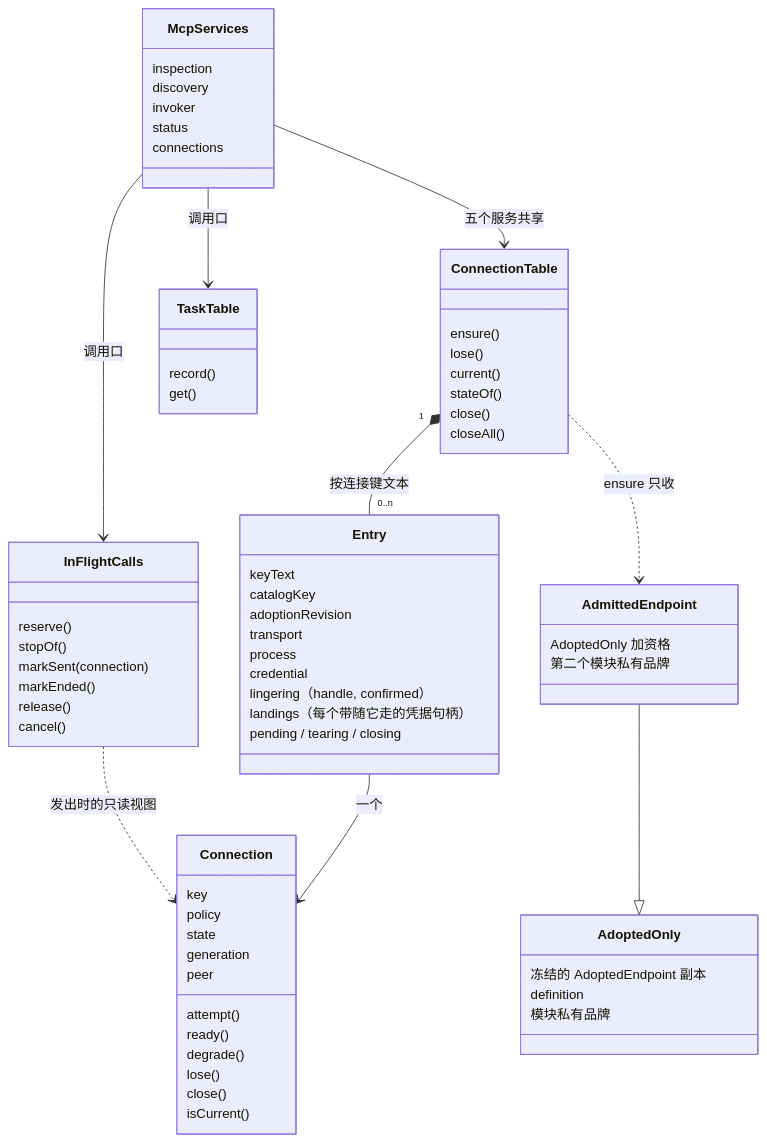
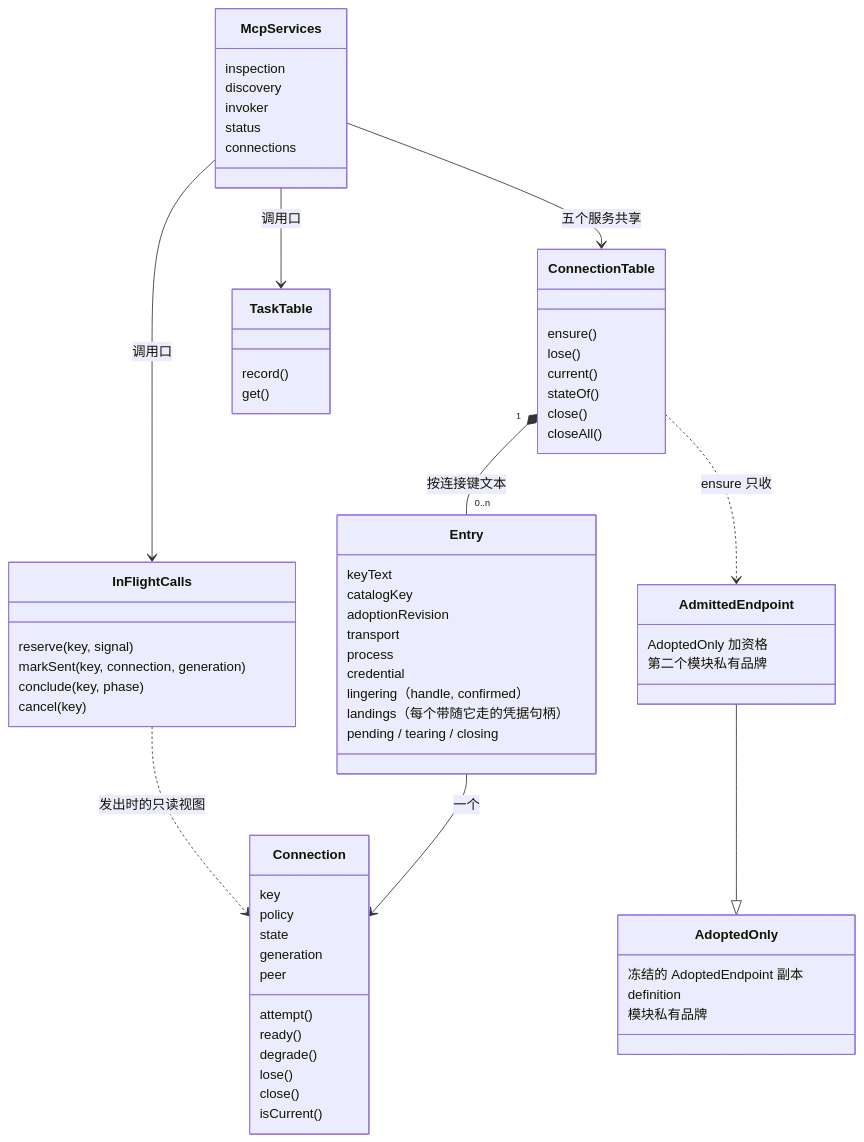
The diagram in packages/mcp/mcp/docs/object-model.md (nemori-ai/omne-harness-lite), drawn with Mermaid before and after one commit. The commit also changed other lines of this file and 6 other files, not shown here.

````diff
--- a/packages/mcp/mcp/docs/object-model.md
+++ b/packages/mcp/mcp/docs/object-model.md
@@ -7,71 +7,69 @@
 ```mermaid
 classDiagram
     class McpServices {
         inspection
         discovery
         invoker
         status
         connections
     }
     class ConnectionTable {
         ensure()
         lose()
         current()
         stateOf()
         close()
         closeAll()
     }
     class Entry {
         keyText
         catalogKey
         adoptionRevision
         transport
         process
         credential
         lingering（handle, confirmed）
         landings（每个带随它走的凭据句柄）
         pending / tearing / closing
     }
     class Connection {
         key
         policy
         state
         generation
         peer
         attempt()
         ready()
         degrade()
         lose()
         close()
         isCurrent()
     }
     class InFlightCalls {
-        reserve()
-        stopOf()
-        markSent(connection)
-        markEnded()
-        release()
-        cancel()
+        reserve(key, signal)
+        markSent(key, connection, generation)
+        conclude(key, phase)
+        cancel(key)
     }
     class TaskTable {
         record()
         get()
     }
     class AdoptedOnly {
         冻结的 AdoptedEndpoint 副本
         definition
         模块私有品牌
     }
     class AdmittedEndpoint {
         AdoptedOnly 加资格
         第二个模块私有品牌
     }
     AdmittedEndpoint --|> AdoptedOnly
     McpServices --> ConnectionTable : 五个服务共享
     McpServices --> InFlightCalls : 调用口
     McpServices --> TaskTable : 调用口
     ConnectionTable "1" *-- "0..n" Entry : 按连接键文本
     Entry --> Connection : 一个
     ConnectionTable ..> AdmittedEndpoint : ensure 只收
     InFlightCalls ..> Connection : 发出时的只读视图
 ```
````
